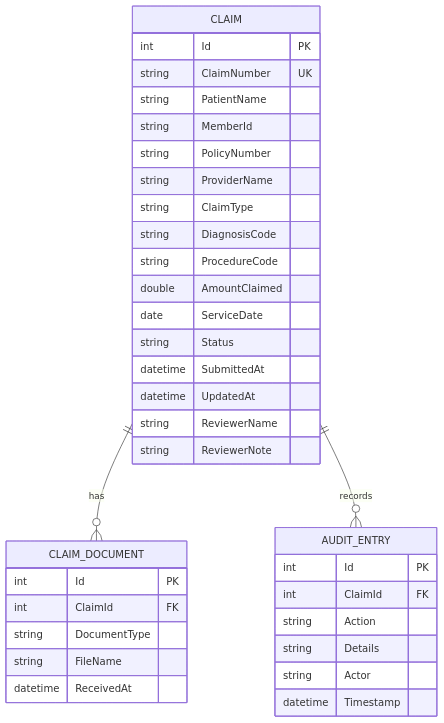
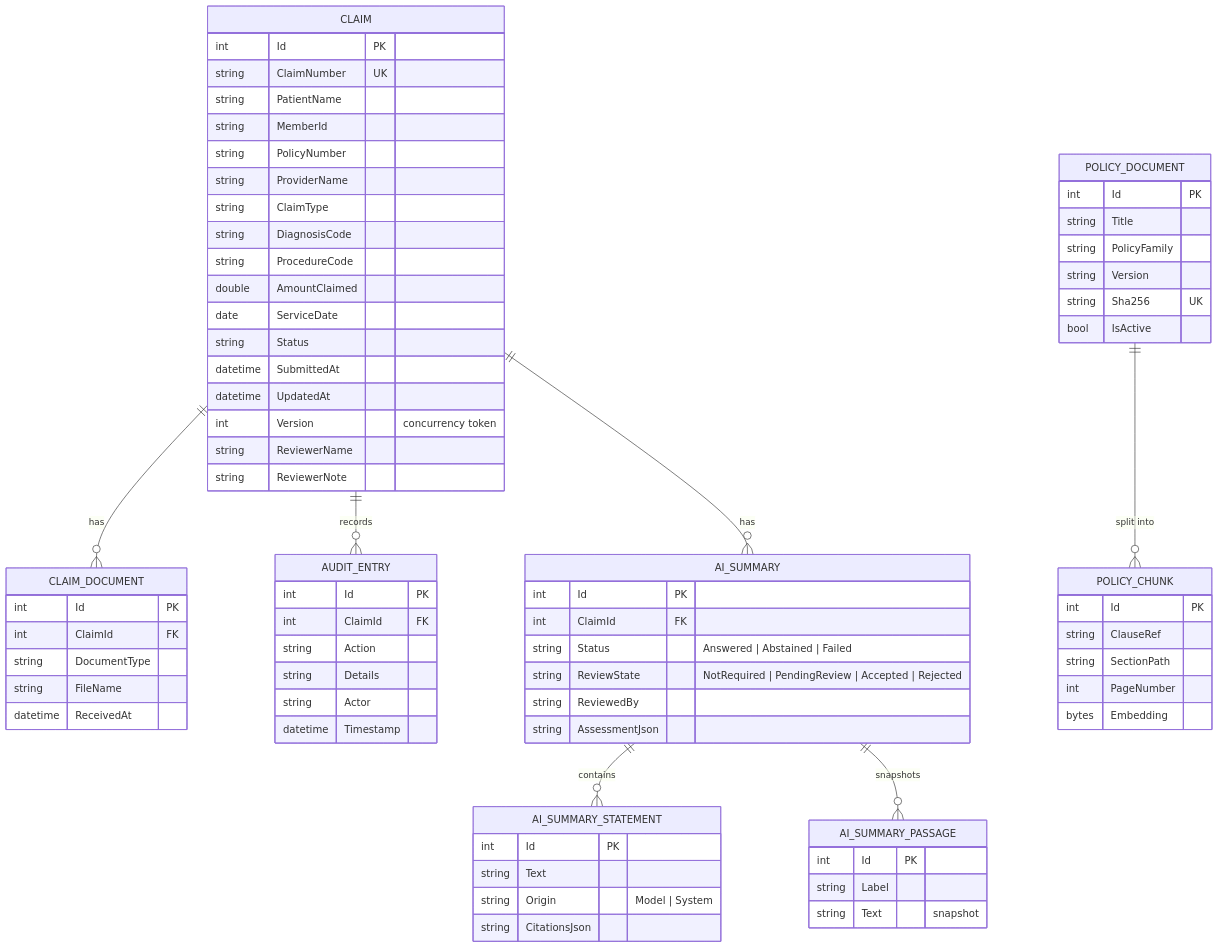
Before and after one commit to shruthilakshmi008-BA/ClaimWise-AI: the fourth of 4 diagrams in docs/architecture.md, drawn with Mermaid. The commit also changed other lines of this file and 3 other files, not shown here.

First line of the commit message:
docs(architecture): replace planned-work text with the implemented design

````diff
--- a/docs/architecture.md
+++ b/docs/architecture.md
@@ -60,38 +65,77 @@
 ```mermaid
 erDiagram
     CLAIM ||--o{ CLAIM_DOCUMENT : has
     CLAIM ||--o{ AUDIT_ENTRY : records
+    CLAIM ||--o{ AI_SUMMARY : has
+    AI_SUMMARY ||--o{ AI_SUMMARY_STATEMENT : contains
+    AI_SUMMARY ||--o{ AI_SUMMARY_PASSAGE : "snapshots"
+    POLICY_DOCUMENT ||--o{ POLICY_CHUNK : "split into"
     CLAIM {
         int Id PK
         string ClaimNumber UK
         string PatientName
         string MemberId
         string PolicyNumber
         string ProviderName
         string ClaimType
         string DiagnosisCode
         string ProcedureCode
         double AmountClaimed
         date ServiceDate
         string Status
         datetime SubmittedAt
         datetime UpdatedAt
+        int Version "concurrency token"
         string ReviewerName
         string ReviewerNote
     }
     CLAIM_DOCUMENT {
         int Id PK
         int ClaimId FK
         string DocumentType
         string FileName
         datetime ReceivedAt
     }
+    AI_SUMMARY {
+        int Id PK
+        int ClaimId FK
+        string Status "Answered | Abstained | Failed"
+        string ReviewState "NotRequired | PendingReview | Accepted | Rejected"
+        string ReviewedBy
+        string AssessmentJson
+    }
+    AI_SUMMARY_STATEMENT {
+        int Id PK
+        string Text
+        string Origin "Model | System"
+        string CitationsJson
+    }
+    AI_SUMMARY_PASSAGE {
+        int Id PK
+        string Label
+        string Text "snapshot"
+    }
+    POLICY_DOCUMENT {
+        int Id PK
+        string Title
+        string PolicyFamily
+        string Version
+        string Sha256 UK
+        bool IsActive
+    }
+    POLICY_CHUNK {
+        int Id PK
+        string ClauseRef
+        string SectionPath
+        int PageNumber
+        bytes Embedding
+    }
     AUDIT_ENTRY {
         int Id PK
         int ClaimId FK
         string Action
         string Details
         string Actor
         datetime Timestamp
     }
 ```
````
